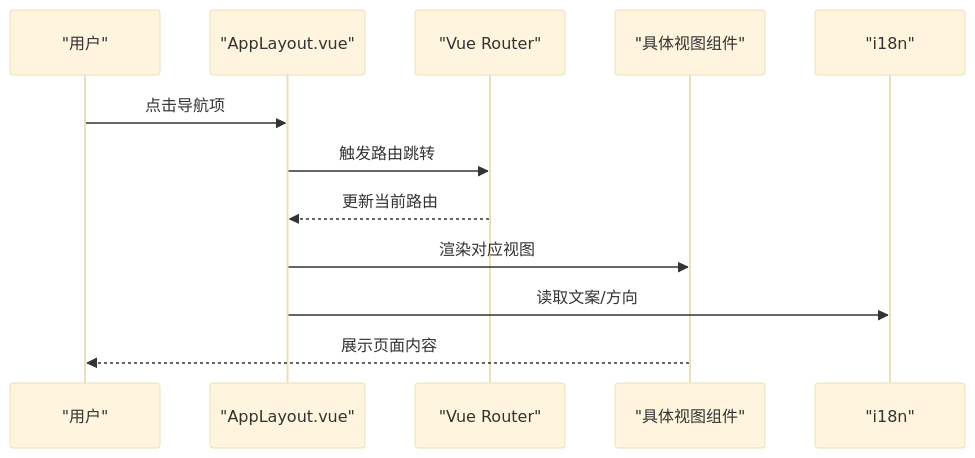
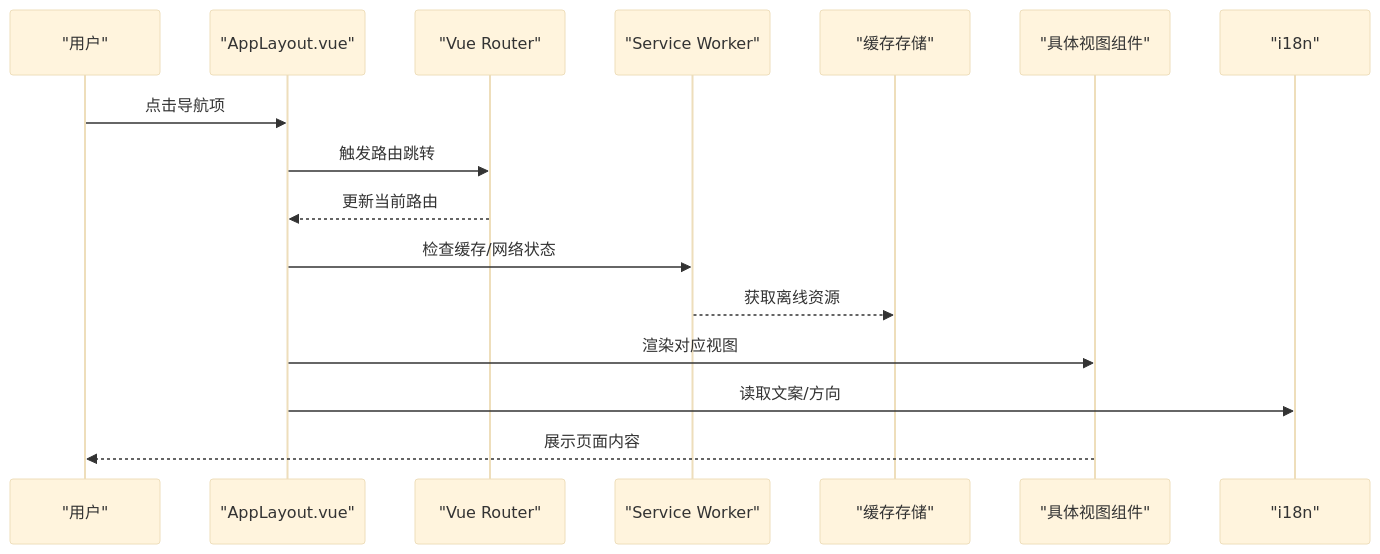
The second of 7 diagrams in .qoder/repowiki/zh/content/前端开发/组件系统/布局组件.md (xufuyu/Lumen), drawn with Mermaid (base theme) before and after one commit. The commit also changed other lines of this file and 43 other files, not shown here.

````diff
--- a/.qoder/repowiki/zh/content/前端开发/组件系统/布局组件.md
+++ b/.qoder/repowiki/zh/content/前端开发/组件系统/布局组件.md
@@ -76,14 +94,18 @@
 ```mermaid
 sequenceDiagram
 participant User as "用户"
 participant Layout as "AppLayout.vue"
 participant Router as "Vue Router"
+participant SW as "Service Worker"
+participant Cache as "缓存存储"
 participant View as "具体视图组件"
 participant I18n as "i18n"
 User->>Layout : 点击导航项
 Layout->>Router : 触发路由跳转
 Router-->>Layout : 更新当前路由
+Layout->>SW : 检查缓存/网络状态
+SW-->>Cache : 获取离线资源
 Layout->>View : 渲染对应视图
 Layout->>I18n : 读取文案/方向
 View-->>User : 展示页面内容
 ```
````
